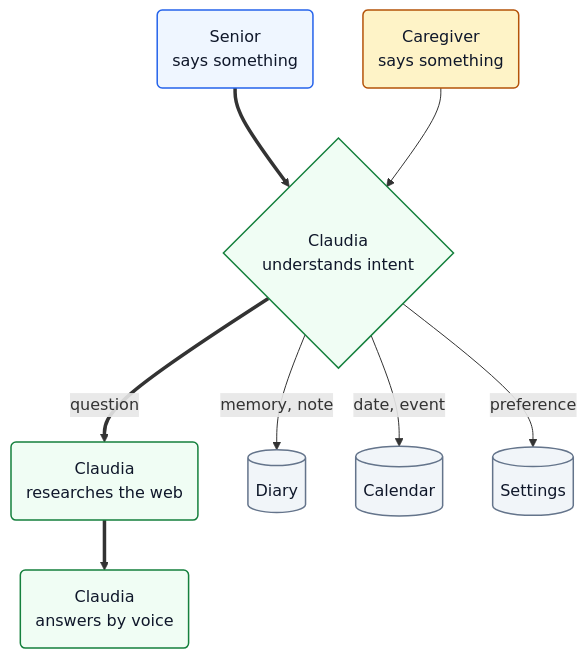
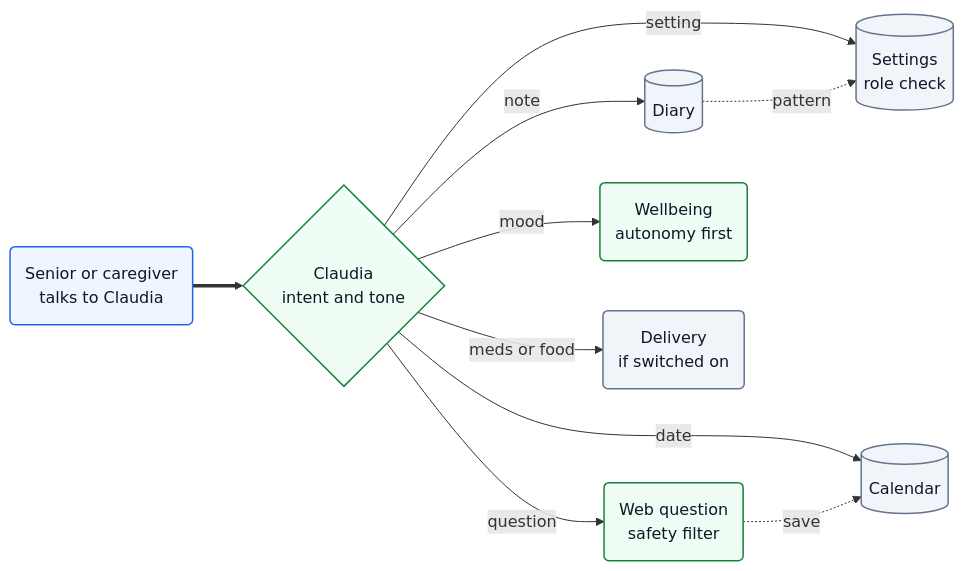
The seventh of 7 diagrams in docs/specs/04-qa-setup/spec.md (David3Ar/claudia-caretaker-magdehack), drawn with Mermaid before and after one commit. The commit also changed other lines of this file and 43 other files, not shown here.

Commit message:
QA/setup: spec in 01-03 structure, flows player and images

````diff
--- a/docs/specs/04-qa-setup/spec.md
+++ b/docs/specs/04-qa-setup/spec.md
@@ -67,25 +389,27 @@
 ```mermaid
-flowchart TB
-    accTitle: Intent routing for anything said to the agent
-    U1("Senior<br/>says something"):::senior
-    U2("Caregiver<br/>says something"):::caregiver
-    I1{"Claudia<br/>understands intent"}:::claudia
-    W1("Claudia<br/>researches the web"):::claudia
-    V1("Claudia<br/>answers by voice"):::claudia
-    DI[("Diary")]:::other
+flowchart LR
+    accTitle: Intent routing from one utterance to an outcome
+    U("Senior or caregiver<br/>talks to Claudia"):::senior
+    R{"Claudia<br/>intent and tone"}:::claudia
+    D[("Diary")]:::other
     CAL[("Calendar")]:::other
-    CFG[("Settings")]:::other
+    W("Web question<br/>safety filter"):::claudia
+    CFG[("Settings<br/>role check")]:::other
+    MH("Wellbeing<br/>autonomy first"):::claudia
+    DEL("Delivery<br/>if switched on"):::other
 
-    U1 ==> I1
-    U2 --> I1
-    I1 ==>|question| W1
-    W1 ==> V1
-    I1 -->|memory, note| DI
-    I1 -->|date, event| CAL
-    I1 -->|preference| CFG
+    U ==> R
+    R -->|note| D
+    R -->|date| CAL
+    R -->|question| W
+    R -->|setting| CFG
+    R -->|mood| MH
+    R -->|meds or food| DEL
+    W -.->|save| CAL
+    D -.->|pattern| CFG
 
     classDef senior    fill:#eff6ff,stroke:#2563eb,stroke-width:1.5px,color:#0f172a
     classDef caregiver fill:#fef3c7,stroke:#b45309,stroke-width:1.5px,color:#0f172a
     classDef claudia   fill:#f0fdf4,stroke:#15803d,stroke-width:1.5px,color:#0f172a
     classDef other     fill:#f1f5f9,stroke:#64748b,stroke-width:1.5px,color:#0f172a
 ```
````
